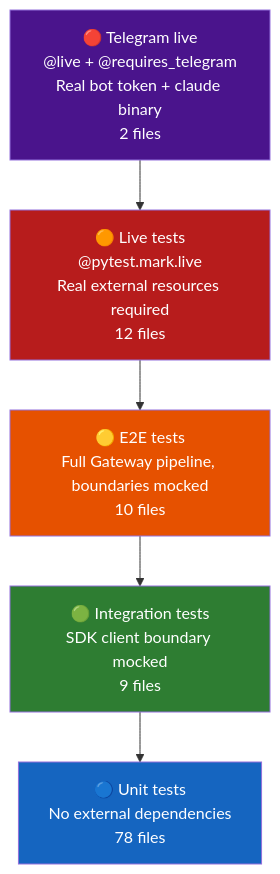
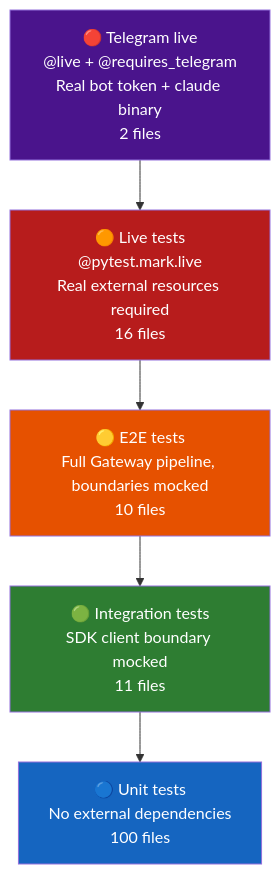
Before and after one commit to user538295/archon-assistant: the diagram in Documentation/Architecture/200_testing_strategy.md, drawn with Mermaid. The commit also changed other lines of this file and 21 other files, not shown here.

````diff
--- a/Documentation/Architecture/200_testing_strategy.md
+++ b/Documentation/Architecture/200_testing_strategy.md
@@ -21,16 +21,16 @@
 ```mermaid
 flowchart TB
     T5["🔴 Telegram live<br/>@live + @requires_telegram<br/>Real bot token + claude binary<br/>2 files"]
-    T4["🟠 Live tests<br/>@pytest.mark.live<br/>Real external resources required<br/>12 files"]
+    T4["🟠 Live tests<br/>@pytest.mark.live<br/>Real external resources required<br/>16 files"]
     T3["🟡 E2E tests<br/>Full Gateway pipeline, boundaries mocked<br/>10 files"]
-    T2["🟢 Integration tests<br/>SDK client boundary mocked<br/>9 files"]
-    T1["🔵 Unit tests<br/>No external dependencies<br/>78 files"]
+    T2["🟢 Integration tests<br/>SDK client boundary mocked<br/>11 files"]
+    T1["🔵 Unit tests<br/>No external dependencies<br/>100 files"]
 
     T5 --> T4 --> T3 --> T2 --> T1
 
     style T1 fill:#1565c0,color:#fff
     style T2 fill:#2e7d32,color:#fff
     style T3 fill:#e65100,color:#fff
     style T4 fill:#b71c1c,color:#fff
     style T5 fill:#4a148c,color:#fff
 ```
````
